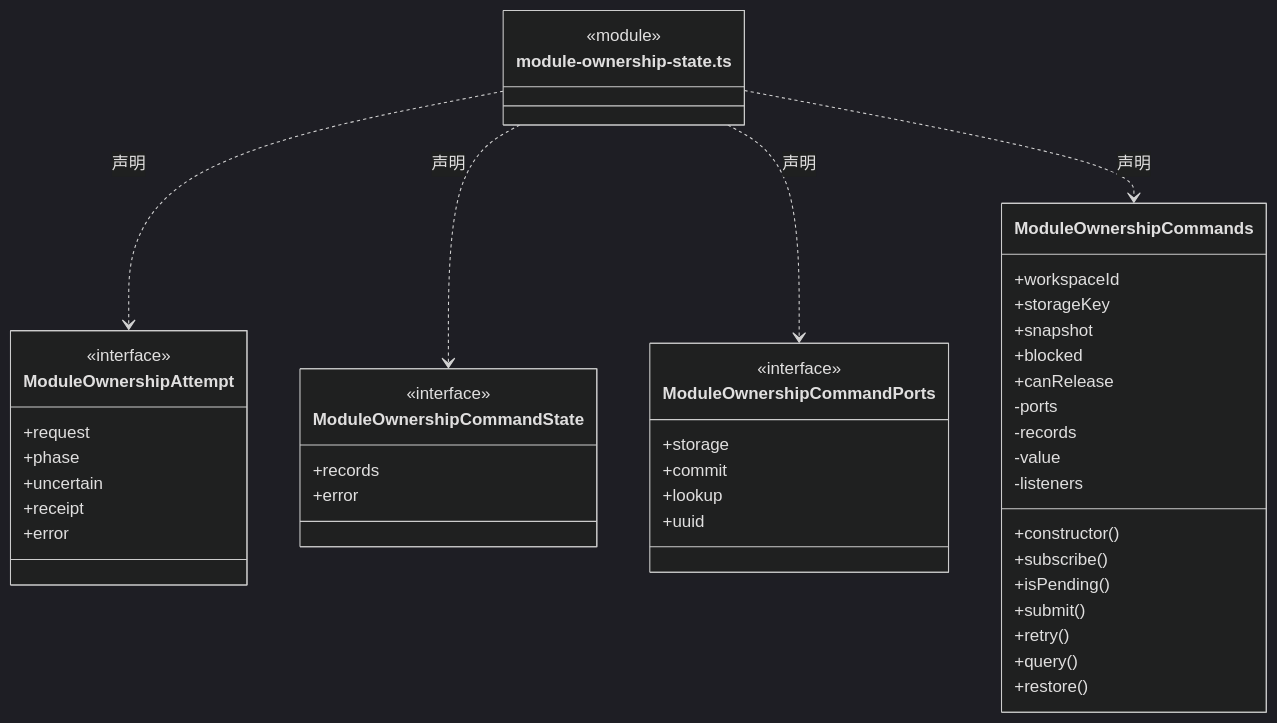
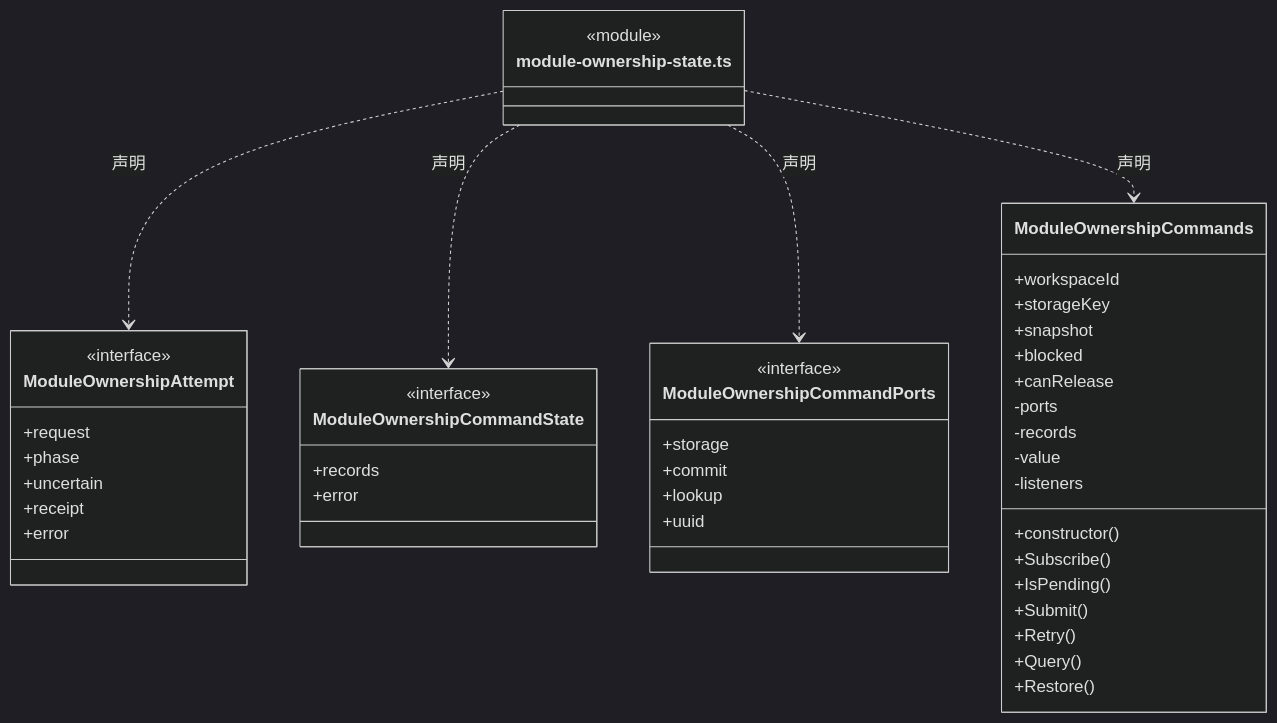
Before and after one commit to nan023062/cbim: the seventh of 20 diagrams in src/view/workspace/ARCHITECTURE.md, drawn with Mermaid (dark theme). The commit also changed other lines of this file and 1035 other files, not shown here.

````diff
--- a/src/view/workspace/ARCHITECTURE.md
+++ b/src/view/workspace/ARCHITECTURE.md
@@ -133,48 +133,48 @@
 ```mermaid
 classDiagram
 class N_src_view_workspace_module_ownership_state_ts["module-ownership-state.ts"] {
   <<module>>
 }
 class N_src_view_workspace_module_ownership_state_ts_ModuleOwnershipAttempt["ModuleOwnershipAttempt"] {
   <<interface>>
   +request
   +phase
   +uncertain
   +receipt
   +error
 }
 N_src_view_workspace_module_ownership_state_ts ..> N_src_view_workspace_module_ownership_state_ts_ModuleOwnershipAttempt : 声明
 class N_src_view_workspace_module_ownership_state_ts_ModuleOwnershipCommandState["ModuleOwnershipCommandState"] {
   <<interface>>
   +records
   +error
 }
 N_src_view_workspace_module_ownership_state_ts ..> N_src_view_workspace_module_ownership_state_ts_ModuleOwnershipCommandState : 声明
 class N_src_view_workspace_module_ownership_state_ts_ModuleOwnershipCommandPorts["ModuleOwnershipCommandPorts"] {
   <<interface>>
   +storage
   +commit
   +lookup
   +uuid
 }
 N_src_view_workspace_module_ownership_state_ts ..> N_src_view_workspace_module_ownership_state_ts_ModuleOwnershipCommandPorts : 声明
 class N_src_view_workspace_module_ownership_state_ts_ModuleOwnershipCommands["ModuleOwnershipCommands"] {
   +workspaceId
   +storageKey
   +constructor()
   +snapshot
   +blocked
   +canRelease
-  +subscribe()
-  +isPending()
-  +submit()
-  +retry()
-  +query()
-  +restore()
+  +Subscribe()
+  +IsPending()
+  +Submit()
+  +Retry()
+  +Query()
+  +Restore()
   -ports
   -records
   -value
   -listeners
 }
 N_src_view_workspace_module_ownership_state_ts ..> N_src_view_workspace_module_ownership_state_ts_ModuleOwnershipCommands : 声明
 ```
````
